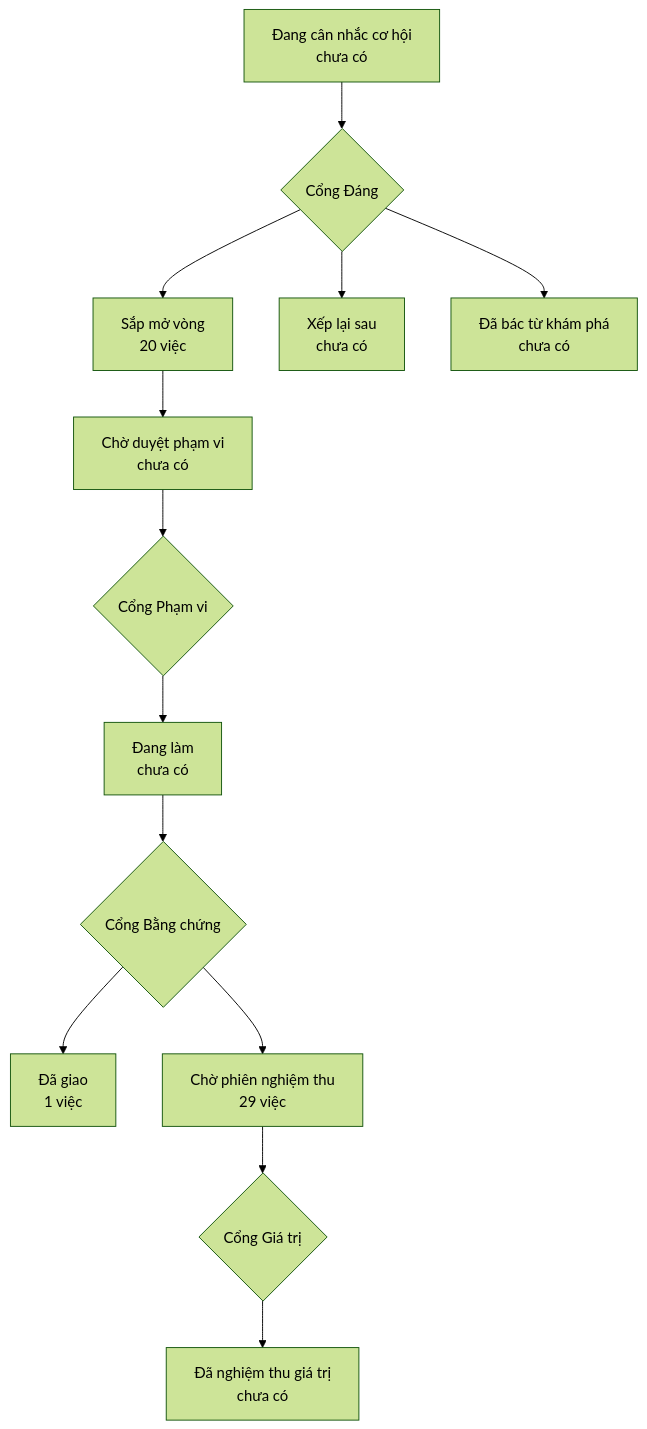
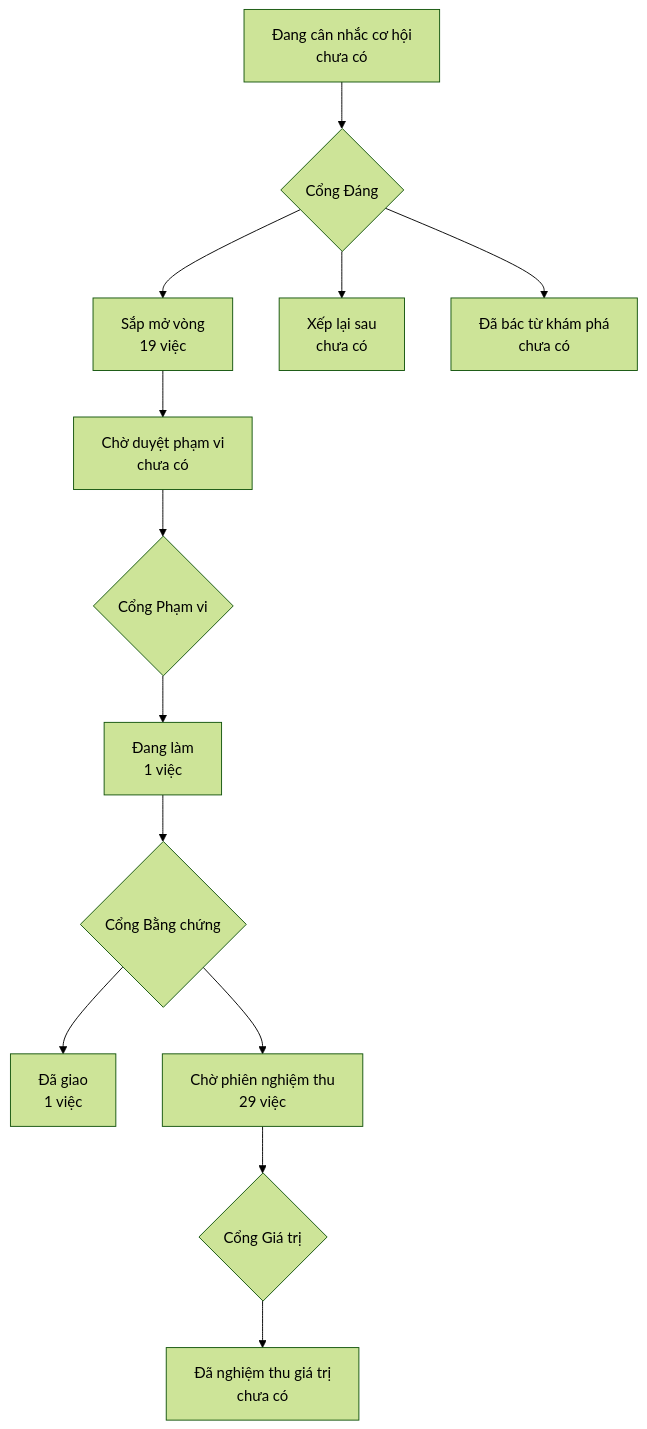
One commit to phanlemanh/onehub-inventory changed the diagram in PRODUCT-MAP.md. Above: the diagram before and after it, drawn with Mermaid (forest theme). The commit also changed other lines of this file and 3 other files, not shown here.

````diff
--- a/PRODUCT-MAP.md
+++ b/PRODUCT-MAP.md
@@ -7,12 +7,12 @@
 ```mermaid
 flowchart TD
   A["Đang cân nhắc cơ hội<br/>chưa có"] --> GD{"Cổng Đáng"}
-  GD --> B["Sắp mở vòng<br/>20 việc"]
+  GD --> B["Sắp mở vòng<br/>19 việc"]
   GD --> XL["Xếp lại sau<br/>chưa có"]
   GD --> DB["Đã bác từ khám phá<br/>chưa có"]
   B --> CD["Chờ duyệt phạm vi<br/>chưa có"] --> GP{"Cổng Phạm vi"}
-  GP --> DL["Đang làm<br/>chưa có"] --> GB{"Cổng Bằng chứng"}
+  GP --> DL["Đang làm<br/>1 việc"] --> GB{"Cổng Bằng chứng"}
   GB --> DG["Đã giao<br/>1 việc"]
   GB --> CN["Chờ phiên nghiệm thu<br/>29 việc"] --> GG{"Cổng Giá trị"}
   GG --> NT["Đã nghiệm thu giá trị<br/>chưa có"]
 ```
````
